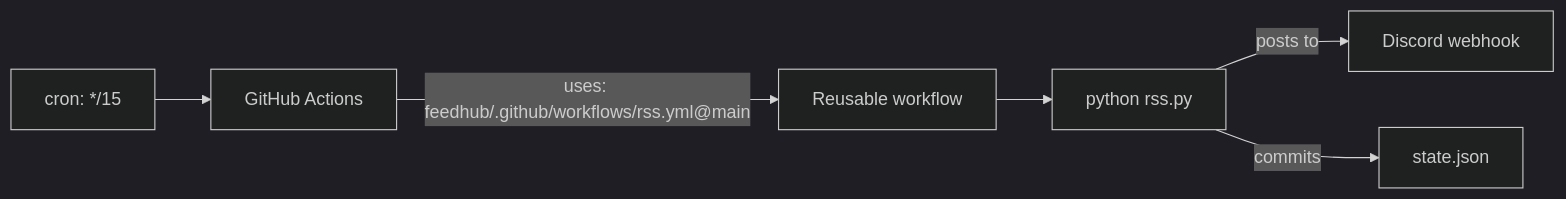
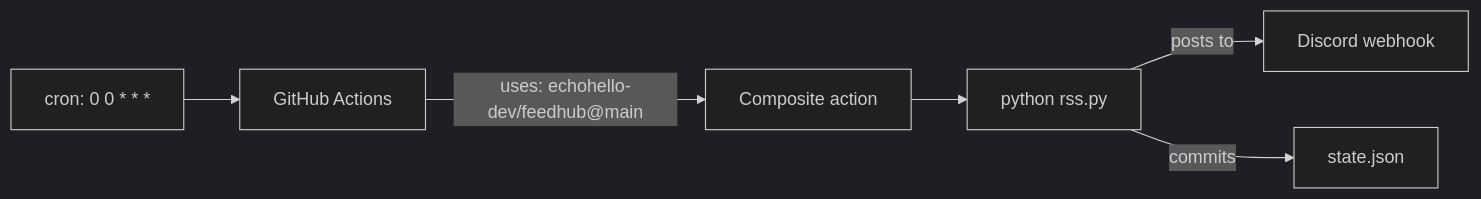
One commit to echohello-dev/feeds changed the diagram in README.md. Above: the diagram before and after it, drawn with Mermaid (dark theme). The commit also changed other lines of this file and 2 other files, not shown here.

First line of the commit message:
feat: call feedhub composite action; poll daily

````diff
--- a/README.md
+++ b/README.md
@@ -17,8 +17,8 @@
 ```mermaid
 flowchart LR
-  cron["cron: */15"] --> act["GitHub Actions"]
-  act -->|"uses: feedhub/.github/workflows/rss.yml@main"| wkf["Reusable workflow"]
-  wkf --> py["python rss.py"]
+  cron["cron: 0 0 * * *"] --> act["GitHub Actions"]
+  act -->|"uses: echohello-dev/feedhub@main"| action["Composite action"]
+  action --> py["python rss.py"]
   py -->|"posts to"| dc["Discord webhook"]
   py -->|"commits"| st["state.json"]
 ```
````
